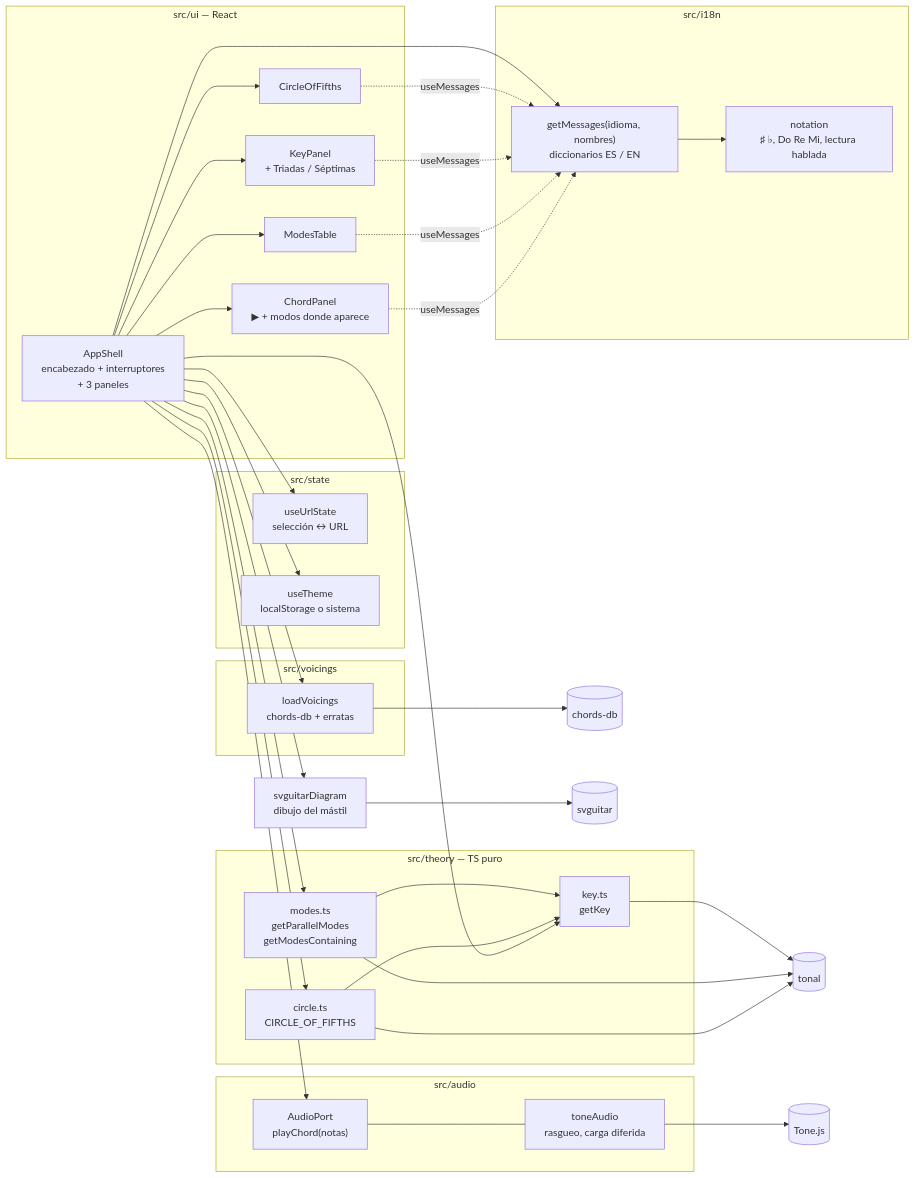
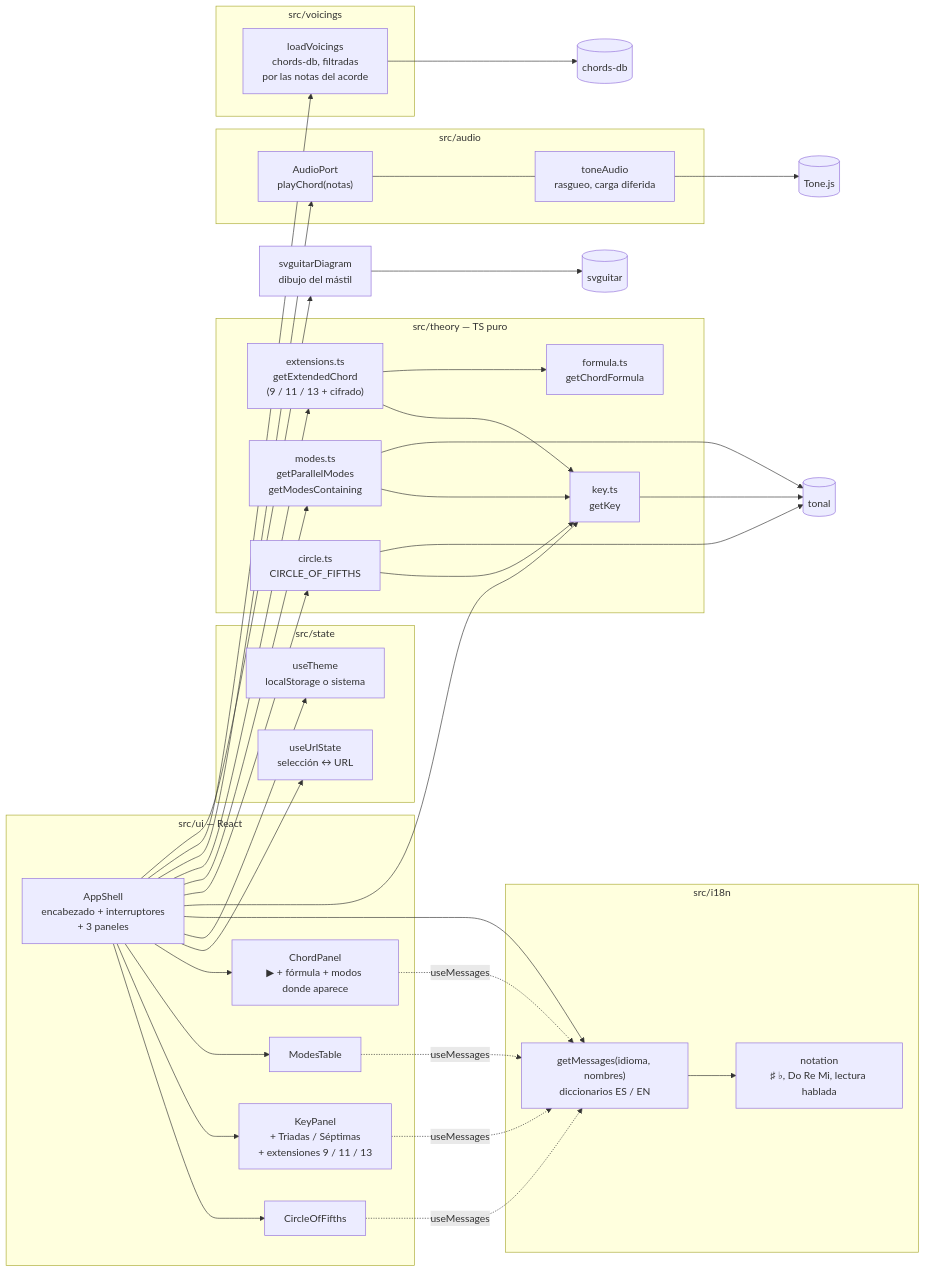
One commit to AndresPampa/cheetsheet-guitar changed the first of 2 diagrams in README.md. Above: the diagram before and after it, drawn with Mermaid. The commit also changed other lines of this file, not shown here.

````diff
--- a/README.md
+++ b/README.md
@@ -62,59 +72,62 @@
 ```mermaid
 flowchart LR
     subgraph ui["src/ui — React"]
         KE["AppShell<br/>encabezado + interruptores<br/>+ 3 paneles"]
         COF["CircleOfFifths"]
-        KP["KeyPanel<br/>+ Triadas / Séptimas"]
+        KP["KeyPanel<br/>+ Triadas / Séptimas<br/>+ extensiones 9 / 11 / 13"]
         MT["ModesTable"]
-        CP["ChordPanel<br/>▶ + modos donde aparece"]
+        CP["ChordPanel<br/>▶ + fórmula + modos donde aparece"]
         KE --> COF & KP & MT & CP
     end
 
     subgraph state["src/state"]
         URL["useUrlState<br/>selección ↔ URL"]
         THEME["useTheme<br/>localStorage o sistema"]
     end
 
     subgraph i18n["src/i18n"]
         MSG["getMessages(idioma, nombres)<br/>diccionarios ES / EN"]
         NOT["notation<br/>♯ ♭, Do Re Mi, lectura hablada"]
         MSG --> NOT
     end
 
     KE --> URL & THEME & MSG
     COF & KP & MT & CP -.->|useMessages| MSG
 
     subgraph theory["src/theory — TS puro"]
         KEY["key.ts<br/>getKey"]
         MOD["modes.ts<br/>getParallelModes<br/>getModesContaining"]
         CIR["circle.ts<br/>CIRCLE_OF_FIFTHS"]
+        EXT["extensions.ts<br/>getExtendedChord<br/>(9 / 11 / 13 + cifrado)"]
+        FOR["formula.ts<br/>getChordFormula"]
         MOD --> KEY
         CIR --> KEY
+        EXT --> KEY & FOR
     end
 
     subgraph audio["src/audio"]
         PORT["AudioPort<br/>playChord(notas)"]
         TONEA["toneAudio<br/>rasgueo, carga diferida"]
         PORT --- TONEA
     end
 
     TONAL[("tonal")]
     TONEJS[("Tone.js")]
 
-    KE --> KEY & CIR & MOD
+    KE --> KEY & CIR & MOD & EXT
     KE --> PORT
     TONEA --> TONEJS
     KEY & MOD & CIR --> TONAL
 
     subgraph voicings["src/voicings"]
-        LV["loadVoicings<br/>chords-db + erratas"]
+        LV["loadVoicings<br/>chords-db, filtradas<br/>por las notas del acorde"]
     end
 
     DRAW["svguitarDiagram<br/>dibujo del mástil"]
     CHORDSDB[("chords-db")]
     SVGUITAR[("svguitar")]
 
     KE --> LV & DRAW
     LV --> CHORDSDB
     DRAW --> SVGUITAR
 ```
````
